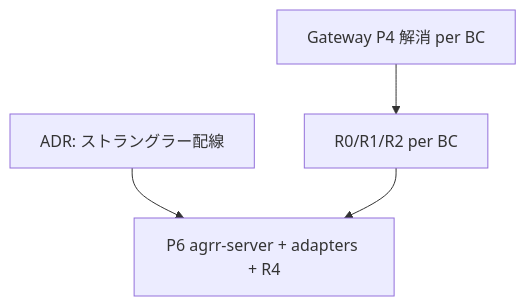
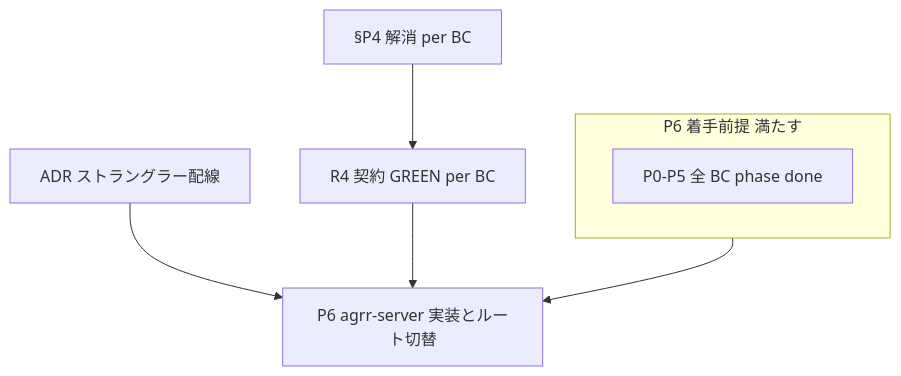
The diagram in docs/migration/app-rust-stack/BLOCKERS-RESPONSE.md (rick-chick/agrr), drawn with Mermaid before and after one commit. The commit also changed other lines of this file and 231 other files, not shown here.

````diff
--- a/docs/migration/app-rust-stack/BLOCKERS-RESPONSE.md
+++ b/docs/migration/app-rust-stack/BLOCKERS-RESPONSE.md
@@ -97,11 +102,15 @@
 ```mermaid
 flowchart TD
-  ADR[ADR: ストラングラー配線]
-  P4[Gateway P4 解消 per BC]
-  P05[R0/R1/R2 per BC]
-  P6[P6 agrr-server + adapters + R4]
+  subgraph done [P6 着手前提 満たす]
+    P05[P0-P5 全 BC phase done]
+  end
+  ADR[ADR ストラングラー配線]
+  P4[§P4 解消 per BC]
+  R4[R4 契約 GREEN per BC]
+  P6[P6 agrr-server 実装とルート切替]
 
+  done --> P6
   ADR --> P6
-  P4 --> P05
-  P05 --> P6
+  P4 --> R4
+  R4 --> P6
 ```
````
